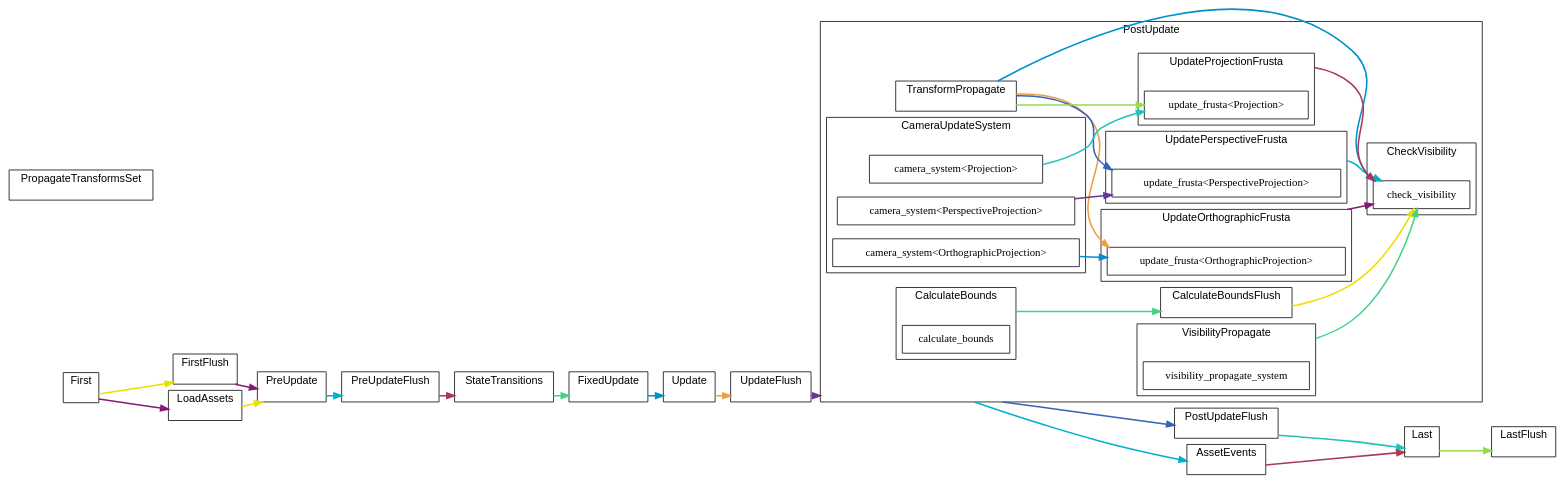
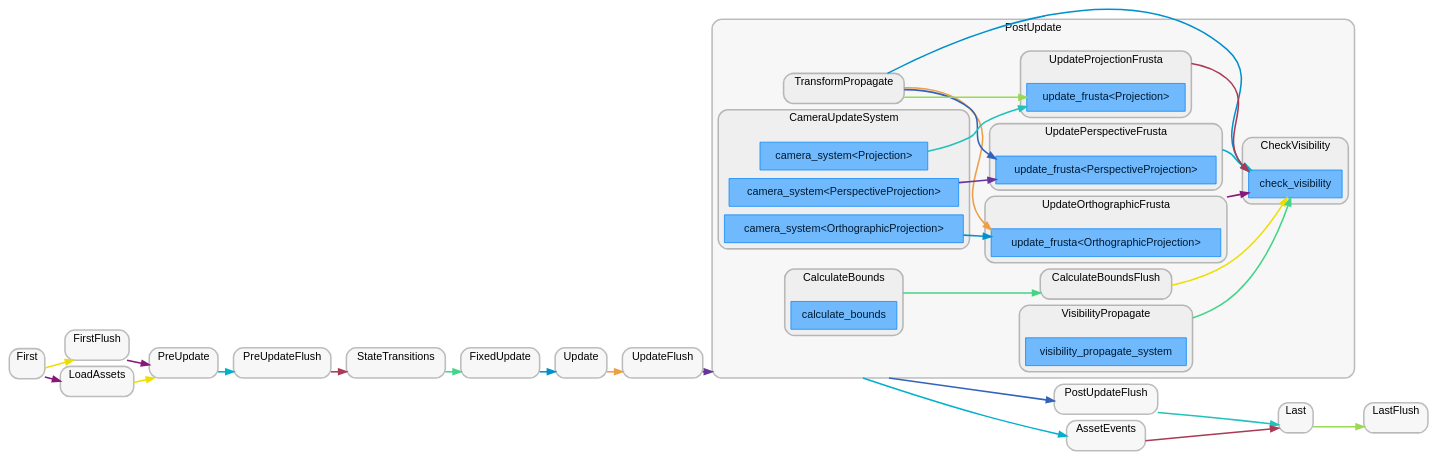
One commit to jakobhellermann/bevy_mod_debugdump changed the diagram in docs/schedule/by-crate/light/schedule_Main_bevy_render.dot. Above: the diagram before and after it, drawn with Graphviz. The commit also changed 97 other files, not shown here.

```diff
--- a/docs/schedule/by-crate/light/schedule_Main_bevy_render.dot
+++ b/docs/schedule/by-crate/light/schedule_Main_bevy_render.dot
@@ -4,206 +4,245 @@
 	"rankdir"="LR";
 	"bgcolor"="white";
 	"fontname"="Helvetica";
+	"nodesep"="0.15";
 	edge ["penwidth"="2"];
-	node ["shape"="box", "style"="filled", "fillcolor"="white", "color"="black"];
+	node ["shape"="box", "style"="filled"];
 	subgraph "clusternode_Set(0)" {
+		"style"="rounded,filled";
 		"label"="Update";
 		"tooltip"="Update";
-		"bgcolor"="white";
-		"color"="black";
+		"fillcolor"="#00000008";
+		"color"="#00000040";
+		"penwidth"="2";
 		"set_marker_node_Set(0)" ["style"="invis", "label"="", "height"="0", "shape"="point"]
 	}
 	
 	subgraph "clusternode_Set(2)" {
+		"style"="rounded,filled";
 		"label"="FirstFlush";
 		"tooltip"="FirstFlush";
-		"bgcolor"="white";
-		"color"="black";
+		"fillcolor"="#00000008";
+		"color"="#00000040";
+		"penwidth"="2";
 		"set_marker_node_Set(2)" ["style"="invis", "label"="", "height"="0", "shape"="point"]
 	}
 	
 	subgraph "clusternode_Set(3)" {
+		"style"="rounded,filled";
 		"label"="PreUpdateFlush";
 		"tooltip"="PreUpdateFlush";
-		"bgcolor"="white";
-		"color"="black";
+		"fillcolor"="#00000008";
+		"color"="#00000040";
+		"penwidth"="2";
 		"set_marker_node_Set(3)" ["style"="invis", "label"="", "height"="0", "shape"="point"]
 	}
 	
 	subgraph "clusternode_Set(4)" {
+		"style"="rounded,filled";
 		"label"="UpdateFlush";
 		"tooltip"="UpdateFlush";
-		"bgcolor"="white";
-		"color"="black";
+		"fillcolor"="#00000008";
+		"color"="#00000040";
+		"penwidth"="2";
 		"set_marker_node_Set(4)" ["style"="invis", "label"="", "height"="0", "shape"="point"]
 	}
 	
 	subgraph "clusternode_Set(5)" {
+		"style"="rounded,filled";
 		"label"="PostUpdateFlush";
 		"tooltip"="PostUpdateFlush";
-		"bgcolor"="white";
-		"color"="black";
+		"fillcolor"="#00000008";
+		"color"="#00000040";
+		"penwidth"="2";
 		"set_marker_node_Set(5)" ["style"="invis", "label"="", "height"="0", "shape"="point"]
 	}
 	
 	subgraph "clusternode_Set(6)" {
+		"style"="rounded,filled";
 		"label"="LastFlush";
 		"tooltip"="LastFlush";
-		"bgcolor"="white";
-		"color"="black";
+		"fillcolor"="#00000008";
+		"color"="#00000040";
+		"penwidth"="2";
 		"set_marker_node_Set(6)" ["style"="invis", "label"="", "height"="0", "shape"="point"]
 	}
 	
 	subgraph "clusternode_Set(7)" {
+		"style"="rounded,filled";
 		"label"="First";
 		"tooltip"="First";
-		"bgcolor"="white";
-		"color"="black";
+		"fillcolor"="#00000008";
+		"color"="#00000040";
+		"penwidth"="2";
 		"set_marker_node_Set(7)" ["style"="invis", "label"="", "height"="0", "shape"="point"]
 	}
 	
 	subgraph "clusternode_Set(8)" {
+		"style"="rounded,filled";
 		"label"="PreUpdate";
 		"tooltip"="PreUpdate";
-		"bgcolor"="white";
-		"color"="black";
+		"fillcolor"="#00000008";
+		"color"="#00000040";
+		"penwidth"="2";
 		"set_marker_node_Set(8)" ["style"="invis", "label"="", "height"="0", "shape"="point"]
 	}
 	
 	subgraph "clusternode_Set(9)" {
+		"style"="rounded,filled";
 		"label"="StateTransitions";
 		"tooltip"="StateTransitions";
-		"bgcolor"="white";
-		"color"="black";
+		"fillcolor"="#00000008";
+		"color"="#00000040";
+		"penwidth"="2";
 		"set_marker_node_Set(9)" ["style"="invis", "label"="", "height"="0", "shape"="point"]
 	}
 	
 	subgraph "clusternode_Set(10)" {
+		"style"="rounded,filled";
 		"label"="FixedUpdate";
 		"tooltip"="FixedUpdate";
-		"bgcolor"="white";
-		"color"="black";
+		"fillcolor"="#00000008";
+		"color"="#00000040";
+		"penwidth"="2";
 		"set_marker_node_Set(10)" ["style"="invis", "label"="", "height"="0", "shape"="point"]
 	}
 	
 	subgraph "clusternode_Set(11)" {
+		"style"="rounded,filled";
 		"label"="PostUpdate";
 		"tooltip"="PostUpdate";
-		"bgcolor"="white";
-		"color"="black";
+		"fillcolor"="#00000008";
+		"color"="#00000040";
+		"penwidth"="2";
 		"set_marker_node_Set(11)" ["style"="invis", "label"="", "height"="0", "shape"="point"]
 		subgraph "clusternode_Set(20)" {
+			"style"="rounded,filled";
 			"label"="TransformPropagate";
 			"tooltip"="TransformPropagate";
-			"bgcolor"="white";
-			"color"="black";
+			"fillcolor"="#00000008";
+			"color"="#00000040";
+			"penwidth"="2";
 			"set_marker_node_Set(20)" ["style"="invis", "label"="", "height"="0", "shape"="point"]
 		}
 		
 		subgraph "clusternode_Set(82)" {
+			"style"="rounded,filled";
 			"label"="CameraUpdateSystem";
 			"tooltip"="CameraUpdateSystem";
-			"bgcolor"="white";
-			"color"="black";
+			"fillcolor"="#00000008";
+			"color"="#00000040";
+			"penwidth"="2";
 			"set_marker_node_Set(82)" ["style"="invis", "label"="", "height"="0", "shape"="point"]
-			"node_System(68)" ["label"="camera_system<Projection>", "tooltip"="bevy_render::camera::camera::camera_system<bevy_render::camera::projection::Projection>"]
-			"node_System(69)" ["label"="camera_system<OrthographicProjection>", "tooltip"="bevy_render::camera::camera::camera_system<bevy_render::camera::projection::OrthographicProjection>"]
-			"node_System(70)" ["label"="camera_system<PerspectiveProjection>", "tooltip"="bevy_render::camera::camera::camera_system<bevy_render::camera::projection::PerspectiveProjection>"]
+			"node_System(68)" ["label"="camera_system<Projection>", "tooltip"="bevy_render::camera::camera::camera_system<bevy_render::camera::projection::Projection>", "fillcolor"="#70b9fc", "fontname"="Helvetica", "fontcolor"="#011a31", "color"="#0c88f9", "penwidth"="1"]
+			"node_System(69)" ["label"="camera_system<OrthographicProjection>", "tooltip"="bevy_render::camera::camera::camera_system<bevy_render::camera::projection::OrthographicProjection>", "fillcolor"="#70b9fc", "fontname"="Helvetica", "fontcolor"="#011a31", "color"="#0c88f9", "penwidth"="1"]
+			"node_System(70)" ["label"="camera_system<PerspectiveProjection>", "tooltip"="bevy_render::camera::camera::camera_system<bevy_render::camera::projection::PerspectiveProjection>", "fillcolor"="#70b9fc", "fontname"="Helvetica", "fontcolor"="#011a31", "color"="#0c88f9", "penwidth"="1"]
 		}
 		
 		subgraph "clusternode_Set(86)" {
+			"style"="rounded,filled";
 			"label"="CalculateBounds";
 			"tooltip"="CalculateBounds";
-			"bgcolor"="white";
-			"color"="black";
+			"fillcolor"="#00000008";
+			"color"="#00000040";
+			"penwidth"="2";
 			"set_marker_node_Set(86)" ["style"="invis", "label"="", "height"="0", "shape"="point"]
-			"node_System(72)" ["label"="calculate_bounds", "tooltip"="bevy_render::view::visibility::calculate_bounds"]
+			"node_System(72)" ["label"="calculate_bounds", "tooltip"="bevy_render::view::visibility::calculate_bounds", "fillcolor"="#70b9fc", "fontname"="Helvetica", "fontcolor"="#011a31", "color"="#0c88f9", "penwidth"="1"]
 		}
 		
 		subgraph "clusternode_Set(87)" {
+			"style"="rounded,filled";
 			"label"="CalculateBoundsFlush";
 			"tooltip"="CalculateBoundsFlush";
-			"bgcolor"="white";
-			"color"="black";
+			"fillcolor"="#00000008";
+			"color"="#00000040";
+			"penwidth"="2";
 			"set_marker_node_Set(87)" ["style"="invis", "label"="", "height"="0", "shape"="point"]
 		}
 		
 		subgraph "clusternode_Set(88)" {
+			"style"="rounded,filled";
 			"label"="UpdateOrthographicFrusta";
 			"tooltip"="UpdateOrthographicFrusta";
-			"bgcolor"="white";
-			"color"="black";
+			"fillcolor"="#00000008";
+			"color"="#00000040";
+			"penwidth"="2";
 			"set_marker_node_Set(88)" ["style"="invis", "label"="", "height"="0", "shape"="point"]
-			"node_System(73)" ["label"="update_frusta<OrthographicProjection>", "tooltip"="bevy_render::view::visibility::update_frusta<bevy_render::camera::projection::OrthographicProjection>"]
+			"node_System(73)" ["label"="update_frusta<OrthographicProjection>", "tooltip"="bevy_render::view::visibility::update_frusta<bevy_render::camera::projection::OrthographicProjection>", "fillcolor"="#70b9fc", "fontname"="Helvetica", "fontcolor"="#011a31", "color"="#0c88f9", "penwidth"="1"]
 		}
 		
 		subgraph "clusternode_Set(89)" {
+			"style"="rounded,filled";
 			"label"="UpdatePerspectiveFrusta";
 			"tooltip"="UpdatePerspectiveFrusta";
-			"bgcolor"="white";
-			"color"="black";
+			"fillcolor"="#00000008";
+			"color"="#00000040";
+			"penwidth"="2";
 			"set_marker_node_Set(89)" ["style"="invis", "label"="", "height"="0", "shape"="point"]
-			"node_System(74)" ["label"="update_frusta<PerspectiveProjection>", "tooltip"="bevy_render::view::visibility::update_frusta<bevy_render::camera::projection::PerspectiveProjection>"]
+			"node_System(74)" ["label"="update_frusta<PerspectiveProjection>", "tooltip"="bevy_render::view::visibility::update_frusta<bevy_render::camera::projection::PerspectiveProjection>", "fillcolor"="#70b9fc", "fontname"="Helvetica", "fontcolor"="#011a31", "color"="#0c88f9", "penwidth"="1"]
 		}
 		
 		subgraph "clusternode_Set(90)" {
+			"style"="rounded,filled";
 			"label"="UpdateProjectionFrusta";
 			"tooltip"="UpdateProjectionFrusta";
-			"bgcolor"="white";
-			"color"="black";
+			"fillcolor"="#00000008";
+			"color"="#00000040";
+			"penwidth"="2";
 			"set_marker_node_Set(90)" ["style"="invis", "label"="", "height"="0", "shape"="point"]
-			"node_System(75)" ["label"="update_frusta<Projection>", "tooltip"="bevy_render::view::visibility::update_frusta<bevy_render::camera::projection::Projection>"]
+			"node_System(75)" ["label"="update_frusta<Projection>", "tooltip"="bevy_render::view::visibility::update_frusta<bevy_render::camera::projection::Projection>", "fillcolor"="#70b9fc", "fontname"="Helvetica", "fontcolor"="#011a31", "color"="#0c88f9", "penwidth"="1"]
 		}
 		
 		subgraph "clusternode_Set(91)" {
+			"style"="rounded,filled";
 			"label"="CheckVisibility";
 			"tooltip"="CheckVisibility";
-			"bgcolor"="white";
-			"color"="black";
+			"fillcolor"="#00000008";
+			"color"="#00000040";
+			"penwidth"="2";
 			"set_marker_node_Set(91)" ["style"="invis", "label"="", "height"="0", "shape"="point"]
-			"node_System(77)" ["label"="check_visibility", "tooltip"="bevy_render::view::visibility::check_visibility"]
+			"node_System(77)" ["label"="check_visibility", "tooltip"="bevy_render::view::visibility::check_visibility", "fillcolor"="#70b9fc", "fontname"="Helvetica", "fontcolor"="#011a31", "color"="#0c88f9", "penwidth"="1"]
 		}
 		
 		subgraph "clusternode_Set(92)" {
+			"style"="rounded,filled";
 			"label"="VisibilityPropagate";
 			"tooltip"="VisibilityPropagate";
-			"bgcolor"="white";
-			"color"="black";
+			"fillcolor"="#00000008";
+			"color"="#00000040";
+			"penwidth"="2";
 			"set_marker_node_Set(92)" ["style"="invis", "label"="", "height"="0", "shape"="point"]
-			"node_System(76)" ["label"="visibility_propagate_system", "tooltip"="bevy_render::view::visibility::visibility_propagate_system"]
+			"node_System(76)" ["label"="visibility_propagate_system", "tooltip"="bevy_render::view::visibility::visibility_propagate_system", "fillcolor"="#70b9fc", "fontname"="Helvetica", "fontcolor"="#011a31", "color"="#0c88f9", "penwidth"="1"]
 		}
 		
 	}
 	
 	subgraph "clusternode_Set(12)" {
+		"style"="rounded,filled";
 		"label"="Last";
 		"tooltip"="Last";
-		"bgcolor"="white";
-		"color"="black";
+		"fillcolor"="#00000008";
+		"color"="#00000040";
+		"penwidth"="2";
 		"set_marker_node_Set(12)" ["style"="invis", "label"="", "height"="0", "shape"="point"]
 	}
 	
-	subgraph "clusternode_Set(22)" {
-		"label"="PropagateTransformsSet";
-		"tooltip"="PropagateTransformsSet";
-		"bgcolor"="white";
-		"color"="black";
-		"set_marker_node_Set(22)" ["style"="invis", "label"="", "height"="0", "shape"="point"]
-	}
-	
 	subgraph "clusternode_Set(59)" {
+		"style"="rounded,filled";
 		"label"="LoadAssets";
 		"tooltip"="LoadAssets";
-		"bgcolor"="white";
-		"color"="black";
+		"fillcolor"="#00000008";
+		"color"="#00000040";
+		"penwidth"="2";
 		"set_marker_node_Set(59)" ["style"="invis", "label"="", "height"="0", "shape"="point"]
 	}
 	
 	subgraph "clusternode_Set(60)" {
+		"style"="rounded,filled";
 		"label"="AssetEvents";
 		"tooltip"="AssetEvents";
-		"bgcolor"="white";
-		"color"="black";
+		"fillcolor"="#00000008";
+		"color"="#00000040";
+		"penwidth"="2";
 		"set_marker_node_Set(60)" ["style"="invis", "label"="", "height"="0", "shape"="point"]
 	}
 	
```
